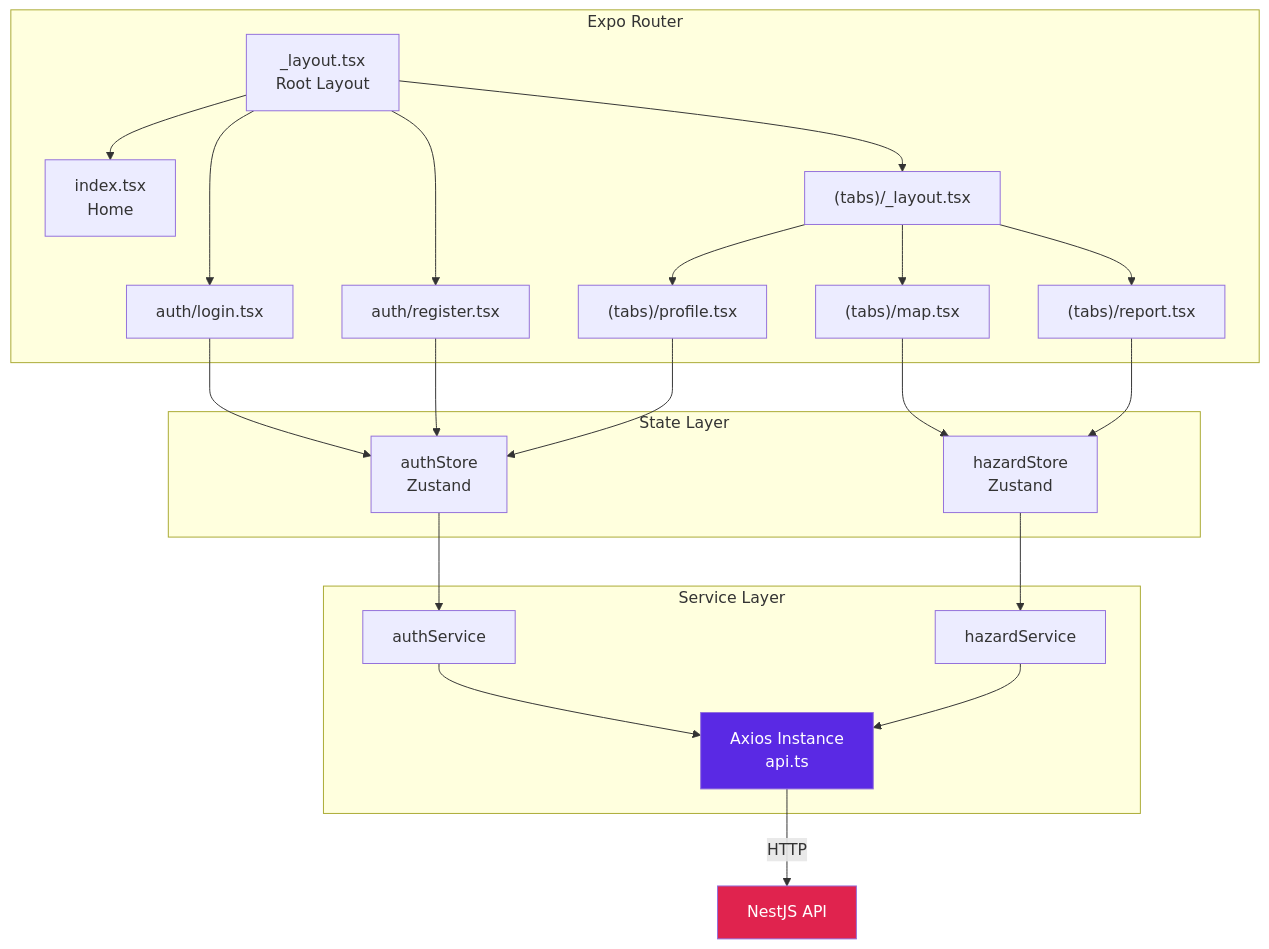
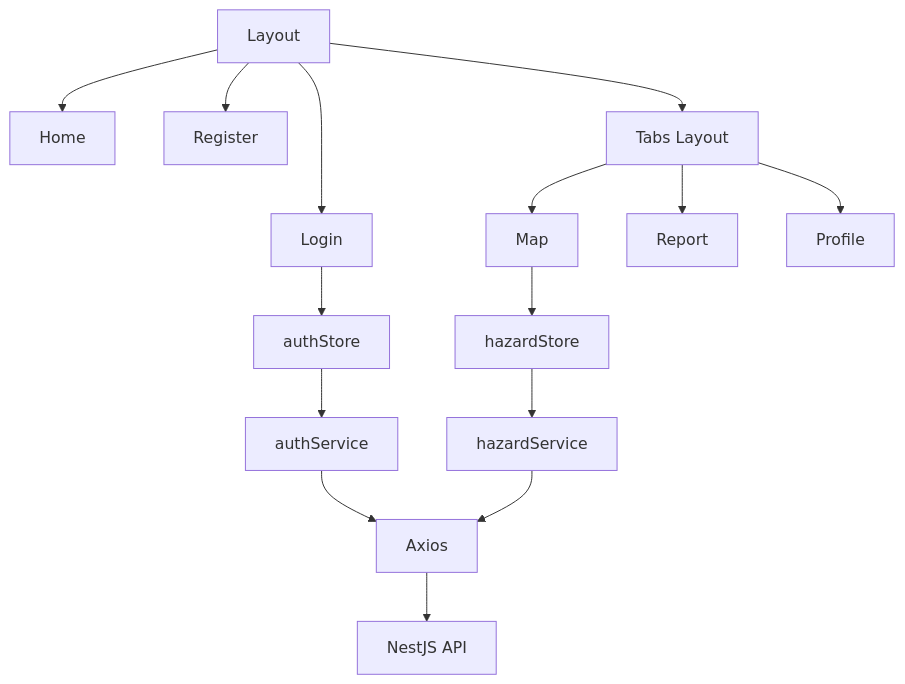
One commit to CitizenAlert/CitizenAlert changed the third of 9 diagrams in docs/DAL.md. Above: the diagram before and after it, drawn with Mermaid. The commit also changed other lines of this file and 13 other files, not shown here.

````diff
--- a/docs/DAL.md
+++ b/docs/DAL.md
@@ -215,48 +149,17 @@
 ```mermaid
 graph TB
-    subgraph "Expo Router"
-        L[_layout.tsx<br/>Root Layout]
-        I[index.tsx<br/>Home]
-        AL[auth/login.tsx]
-        AR[auth/register.tsx]
-        TL["(tabs)/_layout.tsx"]
-        TM["(tabs)/map.tsx"]
-        TR["(tabs)/report.tsx"]
-        TP["(tabs)/profile.tsx"]
-    end
-
-    subgraph "State Layer"
-        ZA[authStore<br/>Zustand]
-        ZH[hazardStore<br/>Zustand]
-    end
-
-    subgraph "Service Layer"
-        SA[authService]
-        SH[hazardService]
-        AX[Axios Instance<br/>api.ts]
-    end
-
-    L --> I
-    L --> AL
-    L --> AR
-    L --> TL
-    TL --> TM
-    TL --> TR
-    TL --> TP
-
-    AL --> ZA
-    AR --> ZA
-    TP --> ZA
-    TM --> ZH
-    TR --> ZH
-
-    ZA --> SA
-    ZH --> SH
-    SA --> AX
+    L[Layout] --> I[Home]
+    L --> AL[Login]
+    L --> AR[Register]
+    L --> TL[Tabs Layout]
+    TL --> TM[Map]
+    TL --> TR[Report]
+    TL --> TP[Profile]
+    AL --> ZA[authStore]
+    TM --> ZH[hazardStore]
+    ZA --> SA[authService]
+    ZH --> SH[hazardService]
+    SA --> AX[Axios]
     SH --> AX
-
-    AX -->|HTTP| API[NestJS API]
-
-    style API fill:#e0234e,color:#fff
-    style AX fill:#5a29e4,color:#fff
+    AX --> API[NestJS API]
 ```
````
